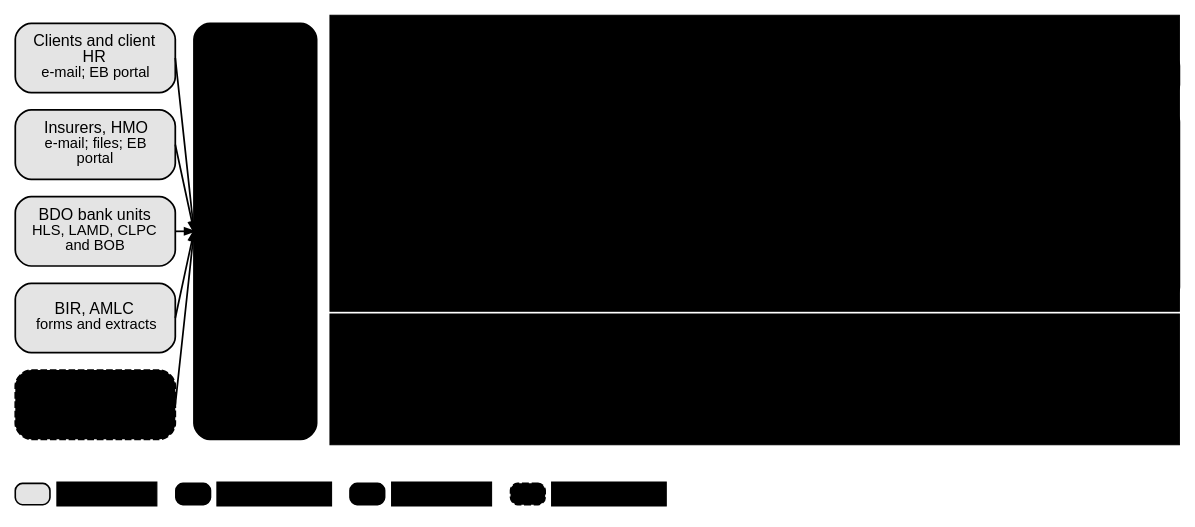
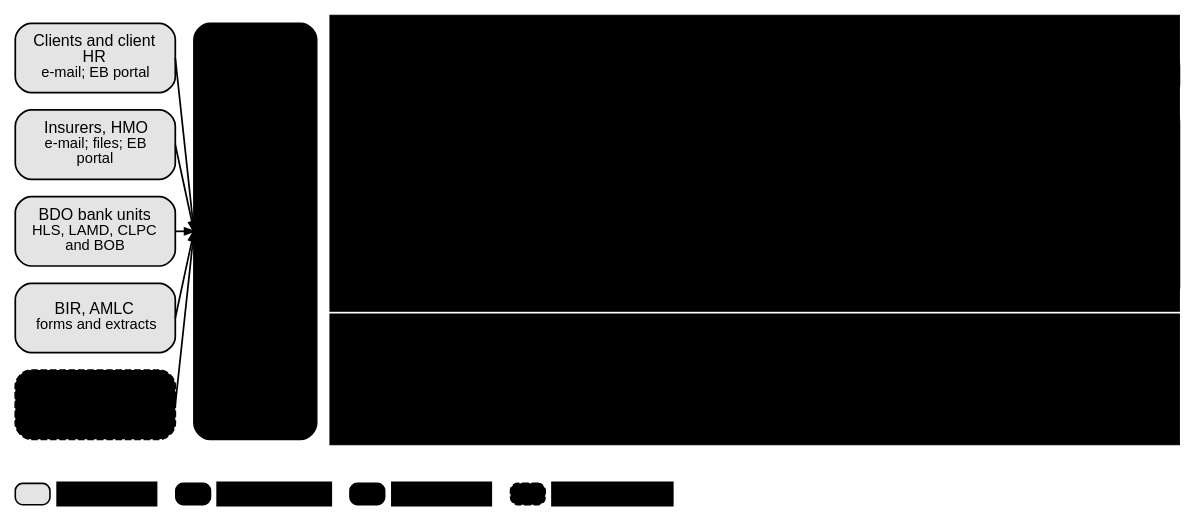
One commit to IortaTexhNXT-DEV/FinVerse changed the diagram in docs/deliverables/src/decks/figures/holistic_envisioned_map.dot. Above: the diagram before and after it, drawn with Graphviz. The commit also changed 25 other files, not shown here.

Commit message:
Use 'on hold' instead of 'parked' in client documents and rebuild the change register, discrepancy register and process deck

```diff
--- a/docs/deliverables/src/decks/figures/holistic_envisioned_map.dot
+++ b/docs/deliverables/src/decks/figures/holistic_envisioned_map.dot
@@ -1,54 +1,54 @@
 // Module map by navigation group; shared services; external parties; hosting
 // Generated by docs/deliverables/src/decks/build_process_deck.py from the YAML in
 // process_deck/; edit the YAML and rebuild. Colour tokens are replaced at render time.
 digraph holistic_envisioned_map {
   graph [layout=neato, inputscale=72, splines=line, overlap=true, outputorder=nodesfirst, bgcolor="white", pad=0.05, fontname="Arial"];
   node [fontname="Arial"];
   edge [fontname="Arial"];
   c0 [pos="0,0!", shape=point, width=0.01, style=invis];
   c1 [pos="873.0,372.0!", shape=point, width=0.01, style=invis];
   r1 [pos="554.5,261.0!", shape=box, style="filled", fillcolor="@DIRTY_WHITE", color="@BORDER", penwidth=0.8, width=8.847, height=3.083, fixedsize=true, margin="0.03,0.02", label=""];
   r2 [pos="390.0,360.0!", shape=box, style="filled", fillcolor="@DIRTY_WHITE", color="@DIRTY_WHITE", penwidth=0.8, width=4.167, height=0.250, fixedsize=true, margin="0.03,0.02", label=<<font point-size="11.5" color="@HEADER_BLUE"><b>BIBS modules by navigation group</b></font>>];
   r3 [pos="554.5,99.0!", shape=box, style="filled", fillcolor="@BG_BLUE", color="@BORDER", penwidth=0.8, width=8.847, height=1.361, fixedsize=true, margin="0.03,0.02", label=""];
   r4 [pos="390.0,136.0!", shape=box, style="filled", fillcolor="@BG_BLUE", color="@BG_BLUE", penwidth=0.8, width=4.167, height=0.250, fixedsize=true, margin="0.03,0.02", label=<<font point-size="11.5" color="@HEADER_BLUE"><b>Shared services and hosting</b></font>>];
   x_cli [pos="60.0,340.0!", shape=box, style="rounded,filled", fillcolor="#E4E4E4", color="@MUTED", penwidth=1.3, width=1.667, height=0.722, fixedsize=true, margin="0.03,0.02", label=<<font point-size="12" color="@NEAR_BLACK">Clients and client<br/>HR</font><br/><font point-size="11" color="@MUTED">e-mail; EB portal</font>>];
   x_ins [pos="60.0,275.0!", shape=box, style="rounded,filled", fillcolor="#E4E4E4", color="@MUTED", penwidth=1.3, width=1.667, height=0.722, fixedsize=true, margin="0.03,0.02", label=<<font point-size="12" color="@NEAR_BLACK">Insurers, HMO</font><br/><font point-size="11" color="@MUTED">e-mail; files; EB<br/>portal</font>>];
   x_bank [pos="60.0,210.0!", shape=box, style="rounded,filled", fillcolor="#E4E4E4", color="@MUTED", penwidth=1.3, width=1.667, height=0.722, fixedsize=true, margin="0.03,0.02", label=<<font point-size="12" color="@NEAR_BLACK">BDO bank units</font><br/><font point-size="11" color="@MUTED">HLS, LAMD, CLPC<br/>and BOB</font>>];
   x_reg [pos="60.0,145.0!", shape=box, style="rounded,filled", fillcolor="#E4E4E4", color="@MUTED", penwidth=1.3, width=1.667, height=0.722, fixedsize=true, margin="0.03,0.02", label=<<font point-size="12" color="@NEAR_BLACK">BIR, AMLC</font><br/><font point-size="11" color="@MUTED">forms and extracts</font>>];
   x_dir [pos="60.0,80.0!", shape=box, style="rounded,filled,dashed", fillcolor="@WHITE", color="@MUTED", penwidth=1.3, width=1.667, height=0.722, fixedsize=true, margin="0.03,0.02", label=<<font point-size="12" color="@MUTED">BDO directory<br/>(EUA)</font><br/><font point-size="11" color="@MUTED">on hold</font>>];
   chan [pos="180.0,210.0!", shape=box, style="rounded,filled", fillcolor="@BG_BLUE", color="@CTA_BLUE", penwidth=1.3, width=1.278, height=4.333, fixedsize=true, margin="0.03,0.02", label=<<font point-size="12" color="@NEAR_BLACK">Interfaces:<br/>e-mail with<br/>send log,<br/>file upload,<br/>partner<br/>portal, APIs<br/>on hold</font>>];
   g0 [pos="328.0,327.0!", shape=box, style="rounded,filled", fillcolor="@HEADER_BLUE", color="@HEADER_BLUE", penwidth=1.3, width=2.389, height=0.528, fixedsize=true, margin="0.03,0.02", label=<<font point-size="11.5" color="@WHITE"><b>Client &amp; Policy</b></font>>];
   g0m [pos="328.0,230.0!", shape=box, style="rounded,filled", fillcolor="@WHITE", color="@CTA_BLUE", penwidth=1.3, width=2.389, height=2.056, fixedsize=true, margin="0.03,0.02", label=<<font point-size="11" color="@HEADER_BLUE">Clients, Screening,<br/>Quotations, Accounts,<br/>Non-Package (PRF), Employee<br/>Benefits, Placement, Issuance,<br/>Booking, Renewal, Submitted<br/>Policies, Customer Service,<br/>Prod. Recon, Adjustment,<br/>Products</font>>];
   g1 [pos="458.0,327.0!", shape=box, style="rounded,filled", fillcolor="@HEADER_BLUE", color="@HEADER_BLUE", penwidth=1.3, width=1.111, height=0.528, fixedsize=true, margin="0.03,0.02", label=<<font point-size="11.5" color="@WHITE"><b>Operations</b></font>>];
   g1m [pos="458.0,230.0!", shape=box, style="rounded,filled", fillcolor="@WHITE", color="@CTA_BLUE", penwidth=1.3, width=1.111, height=2.056, fixedsize=true, margin="0.03,0.02", label=<<font point-size="11" color="@HEADER_BLUE">Operations<br/>home,<br/>invoice<br/>ledger,<br/>interfaces</font>>];
   g2 [pos="564.0,327.0!", shape=box, style="rounded,filled", fillcolor="@HEADER_BLUE", color="@HEADER_BLUE", penwidth=1.3, width=1.722, height=0.528, fixedsize=true, margin="0.03,0.02", label=<<font point-size="11.5" color="@WHITE"><b>Finance</b></font>>];
   g2m [pos="564.0,230.0!", shape=box, style="rounded,filled", fillcolor="@WHITE", color="@CTA_BLUE", penwidth=1.3, width=1.722, height=2.056, fixedsize=true, margin="0.03,0.02", label=<<font point-size="11" color="@HEADER_BLUE">Collections,<br/>Cashiering,<br/>Remittance,<br/>Commission,<br/>Disbursement, Refund<br/>requests, ACSL, GL,<br/>AR, AP, tax</font>>];
   g3 [pos="671.0,327.0!", shape=box, style="rounded,filled", fillcolor="@HEADER_BLUE", color="@HEADER_BLUE", penwidth=1.3, width=1.139, height=0.528, fixedsize=true, margin="0.03,0.02", label=<<font point-size="11.5" color="@WHITE"><b>Claims &amp;<br/>Insurance</b></font>>];
   g3m [pos="671.0,230.0!", shape=box, style="rounded,filled", fillcolor="@WHITE", color="@CTA_BLUE", penwidth=1.3, width=1.139, height=2.056, fixedsize=true, margin="0.03,0.02", label=<<font point-size="11" color="@HEADER_BLUE">Claims<br/>Handling,<br/>insurer-side<br/>modules</font>>];
   g4 [pos="747.0,327.0!", shape=box, style="rounded,filled", fillcolor="@HEADER_BLUE", color="@HEADER_BLUE", penwidth=1.3, width=0.861, height=0.528, fixedsize=true, margin="0.03,0.02", label=<<font point-size="11.5" color="@WHITE"><b>Reports</b></font>>];
   g4m [pos="747.0,230.0!", shape=box, style="rounded,filled", fillcolor="@WHITE", color="@CTA_BLUE", penwidth=1.3, width=0.861, height=2.056, fixedsize=true, margin="0.03,0.02", label=<<font point-size="11" color="@HEADER_BLUE">Report<br/>Centre,<br/>NB<br/>reports</font>>];
   g5 [pos="827.5,327.0!", shape=box, style="rounded,filled", fillcolor="@HEADER_BLUE", color="@HEADER_BLUE", penwidth=1.3, width=1.264, height=0.528, fixedsize=true, margin="0.03,0.02", label=<<font point-size="11.5" color="@WHITE"><b>Setup &amp;<br/>Admin</b></font>>];
   g5m [pos="827.5,230.0!", shape=box, style="rounded,filled", fillcolor="@WHITE", color="@CTA_BLUE", penwidth=1.3, width=1.264, height=2.056, fixedsize=true, margin="0.03,0.02", label=<<font point-size="11" color="@HEADER_BLUE">Broking setup,<br/>Compliance<br/>setup, User<br/>Access, Portal<br/>users, Admin</font>>];
   s0 [pos="279.8,105.0!", shape=box, style="rounded,filled", fillcolor="@CTA_BLUE", color="@CTA_BLUE", penwidth=1.3, width=1.049, height=0.583, fixedsize=true, margin="0.03,0.02", label=<<font point-size="11" color="@WHITE">Workflow<br/>and SLA</font>>];
   s1 [pos="358.2,105.0!", shape=box, style="rounded,filled", fillcolor="@CTA_BLUE", color="@CTA_BLUE", penwidth=1.3, width=1.049, height=0.583, fixedsize=true, margin="0.03,0.02", label=<<font point-size="11" color="@WHITE">Documents,<br/>templates</font>>];
   s2 [pos="436.8,105.0!", shape=box, style="rounded,filled", fillcolor="@CTA_BLUE", color="@CTA_BLUE", penwidth=1.3, width=1.049, height=0.583, fixedsize=true, margin="0.03,0.02", label=<<font point-size="11" color="@WHITE">Notifications</font>>];
   s3 [pos="515.2,105.0!", shape=box, style="rounded,filled", fillcolor="@CTA_BLUE", color="@CTA_BLUE", penwidth=1.3, width=1.049, height=0.583, fixedsize=true, margin="0.03,0.02", label=<<font point-size="11" color="@WHITE">Reports,<br/>exports</font>>];
   s4 [pos="593.8,105.0!", shape=box, style="rounded,filled", fillcolor="@CTA_BLUE", color="@CTA_BLUE", penwidth=1.3, width=1.049, height=0.583, fixedsize=true, margin="0.03,0.02", label=<<font point-size="11" color="@WHITE">Audit trail</font>>];
   s5 [pos="672.2,105.0!", shape=box, style="rounded,filled", fillcolor="@CTA_BLUE", color="@CTA_BLUE", penwidth=1.3, width=1.049, height=0.583, fixedsize=true, margin="0.03,0.02", label=<<font point-size="11" color="@WHITE">Masters and<br/>rules</font>>];
   s6 [pos="750.8,105.0!", shape=box, style="rounded,filled", fillcolor="@CTA_BLUE", color="@CTA_BLUE", penwidth=1.3, width=1.049, height=0.583, fixedsize=true, margin="0.03,0.02", label=<<font point-size="11" color="@WHITE">Redis cache</font>>];
   s7 [pos="829.2,105.0!", shape=box, style="rounded,filled", fillcolor="@CTA_BLUE", color="@CTA_BLUE", penwidth=1.3, width=1.049, height=0.583, fixedsize=true, margin="0.03,0.02", label=<<font point-size="11" color="@WHITE">Kafka<br/>events</font>>];
   host [pos="554.5,67.0!", shape=box, style="rounded,filled", fillcolor="@WHITE", color="@CTA_BLUE", penwidth=1.3, width=8.681, height=0.333, fixedsize=true, margin="0.03,0.02", label=<<font point-size="11" color="@HEADER_BLUE">Hosting: AWS, Singapore region; production and non-production environments (client BOM)</font>>];
   r5 [pos="13.0,13.0!", shape=box, style="rounded,filled", fillcolor="#E4E4E4", color="@MUTED", penwidth=1.2, width=0.361, height=0.222, fixedsize=true, margin="0.03,0.02", label=""];
   r6 [pos="68.7,13.0!", shape=box, style="filled", fillcolor="@WHITE", color="@WHITE", penwidth=0.8, width=1.047, height=0.250, fixedsize=true, margin="0.03,0.02", label=<<font point-size="10.5" color="@TEXT">External party</font>>];
   r7 [pos="133.4,13.0!", shape=box, style="rounded,filled", fillcolor="@HEADER_BLUE", color="@HEADER_BLUE", penwidth=1.2, width=0.361, height=0.222, fixedsize=true, margin="0.03,0.02", label=""];
   r8 [pos="194.2,13.0!", shape=box, style="filled", fillcolor="@WHITE", color="@WHITE", penwidth=0.8, width=1.189, height=0.250, fixedsize=true, margin="0.03,0.02", label=<<font point-size="10.5" color="@TEXT">Navigation group</font>>];
   r9 [pos="264.0,13.0!", shape=box, style="rounded,filled", fillcolor="@CTA_BLUE", color="@CTA_BLUE", penwidth=1.2, width=0.361, height=0.222, fixedsize=true, margin="0.03,0.02", label=""];
   r10 [pos="319.7,13.0!", shape=box, style="filled", fillcolor="@WHITE", color="@WHITE", penwidth=0.8, width=1.047, height=0.250, fixedsize=true, margin="0.03,0.02", label=<<font point-size="10.5" color="@TEXT">Shared service</font>>];
   r11 [pos="384.4,13.0!", shape=box, style="rounded,filled,dashed", fillcolor="@WHITE", color="@MUTED", penwidth=1.2, width=0.361, height=0.222, fixedsize=true, margin="0.03,0.02", label=""];
-  r12 [pos="445.2,13.0!", shape=box, style="filled", fillcolor="@WHITE", color="@WHITE", penwidth=0.8, width=1.189, height=0.250, fixedsize=true, margin="0.03,0.02", label=<<font point-size="10.5" color="@TEXT">Parked interface</font>>];
+  r12 [pos="447.8,13.0!", shape=box, style="filled", fillcolor="@WHITE", color="@WHITE", penwidth=0.8, width=1.260, height=0.250, fixedsize=true, margin="0.03,0.02", label=<<font point-size="10.5" color="@TEXT">Interface on hold</font>>];
   x_cli -> chan [color="@HEADER_BLUE", style=solid, penwidth=1.3, arrowsize=0.7, tailport=e, headport=w];
   x_ins -> chan [color="@HEADER_BLUE", style=solid, penwidth=1.3, arrowsize=0.7, tailport=e, headport=w];
   x_bank -> chan [color="@HEADER_BLUE", style=solid, penwidth=1.3, arrowsize=0.7, tailport=e, headport=w];
   x_reg -> chan [color="@HEADER_BLUE", style=solid, penwidth=1.3, arrowsize=0.7, tailport=e, headport=w];
   x_dir -> chan [color="@HEADER_BLUE", style=solid, penwidth=1.3, arrowsize=0.7, tailport=e, headport=w];
 }
```
